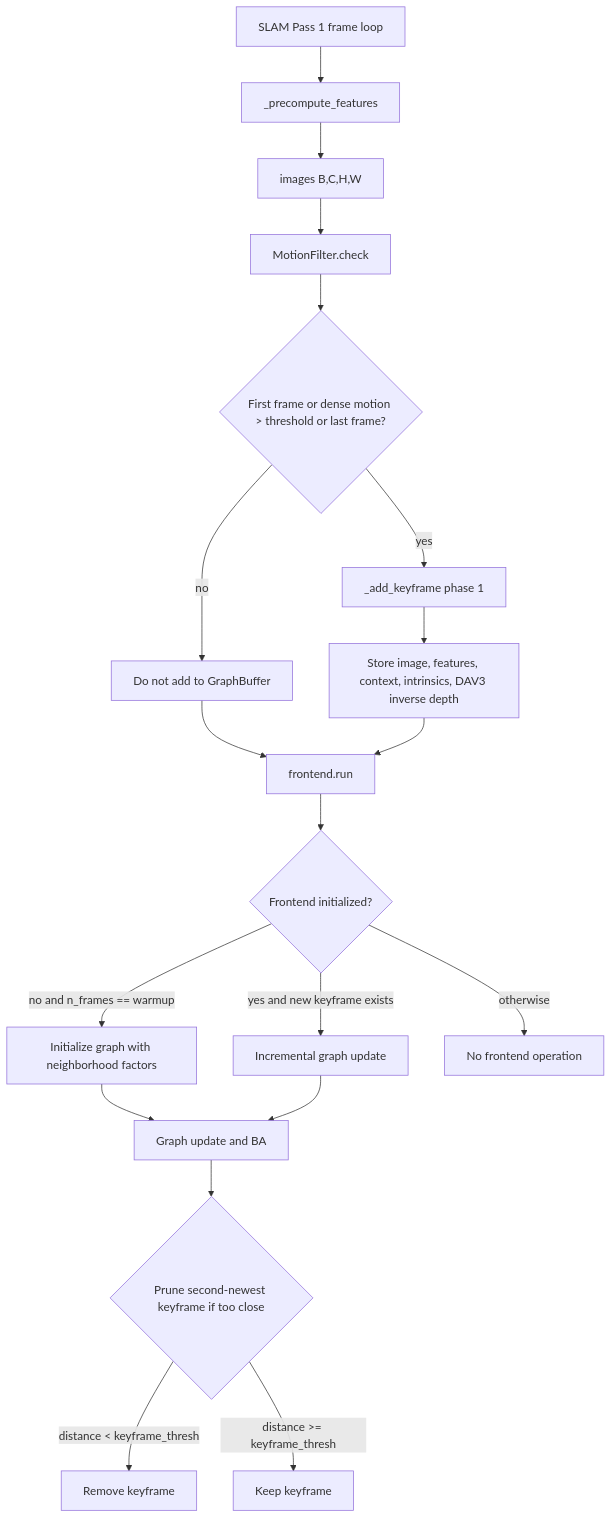
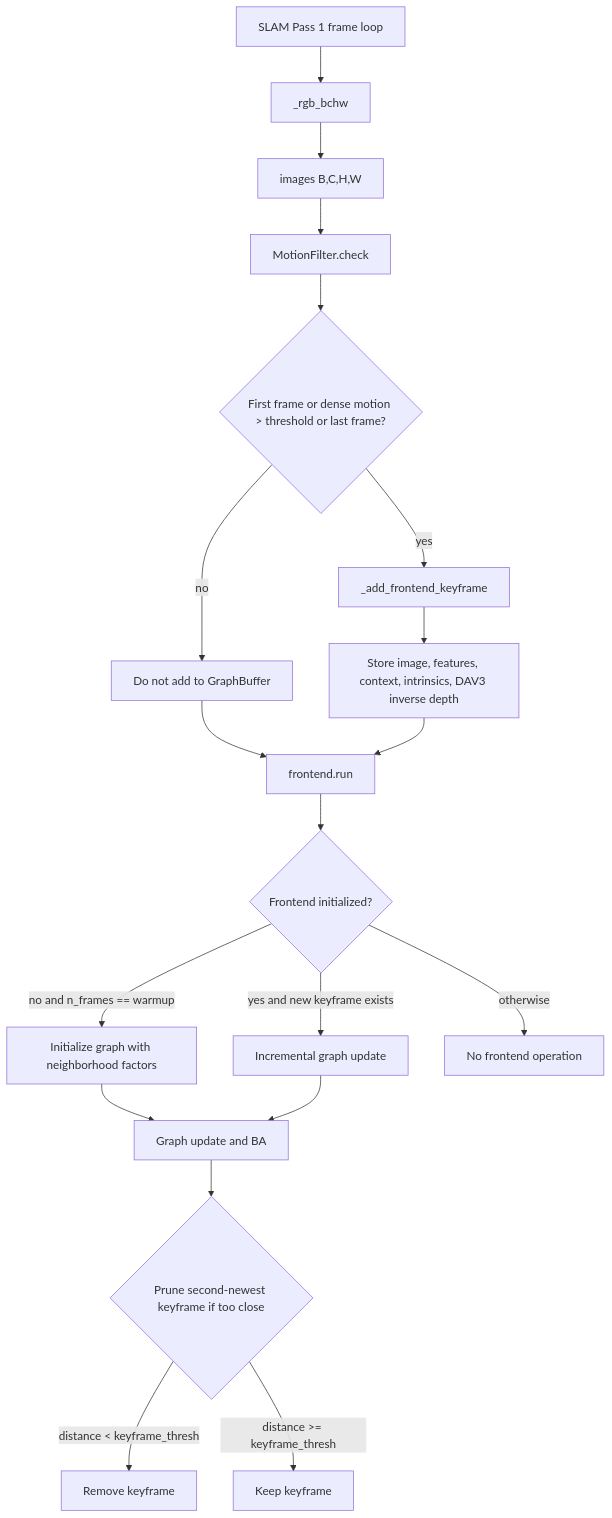
The seventh of 12 diagrams in fullexplain.md (sadanand1120/vipe), drawn with Mermaid before and after one commit. The commit also changed other lines of this file and 44 other files, not shown here.

````diff
--- a/fullexplain.md
+++ b/fullexplain.md
@@ -692,21 +645,21 @@
 ```mermaid
 flowchart TD
-    A[SLAM Pass 1 frame loop] --> B[_precompute_features]
+    A[SLAM Pass 1 frame loop] --> B[_rgb_bchw]
     B --> C[images B,C,H,W]
     C --> D[MotionFilter.check]
     D --> E{First frame or dense motion > threshold or last frame?}
-    E -->|yes| F[_add_keyframe phase 1]
+    E -->|yes| F[_add_frontend_keyframe]
     E -->|no| G[Do not add to GraphBuffer]
     F --> H[Store image, features, context, intrinsics, DAV3 inverse depth]
     G --> I[frontend.run]
     H --> I
     I --> J{Frontend initialized?}
     J -->|no and n_frames == warmup| K[Initialize graph with neighborhood factors]
     J -->|yes and new keyframe exists| L[Incremental graph update]
     J -->|otherwise| M[No frontend operation]
     K --> N[Graph update and BA]
     L --> N
     N --> O{Prune second-newest keyframe if too close}
     O -->|distance < keyframe_thresh| P[Remove keyframe]
     O -->|distance >= keyframe_thresh| Q[Keep keyframe]
 ```
````
